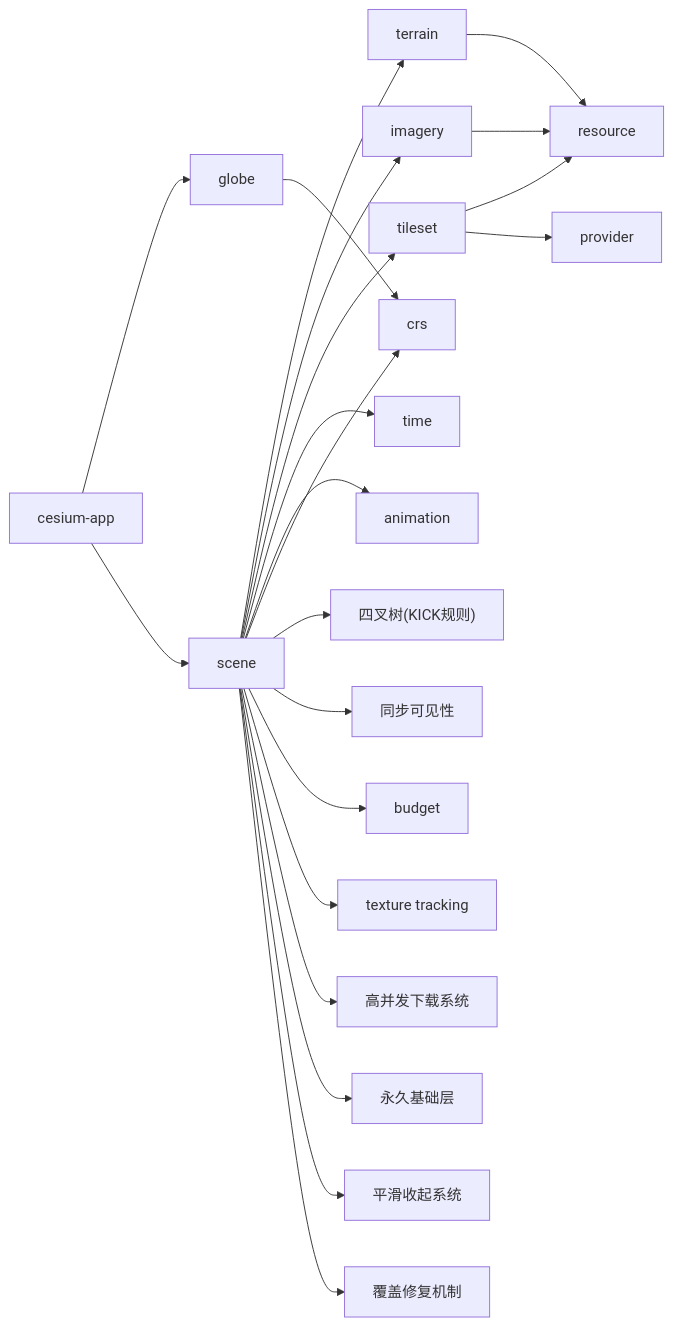
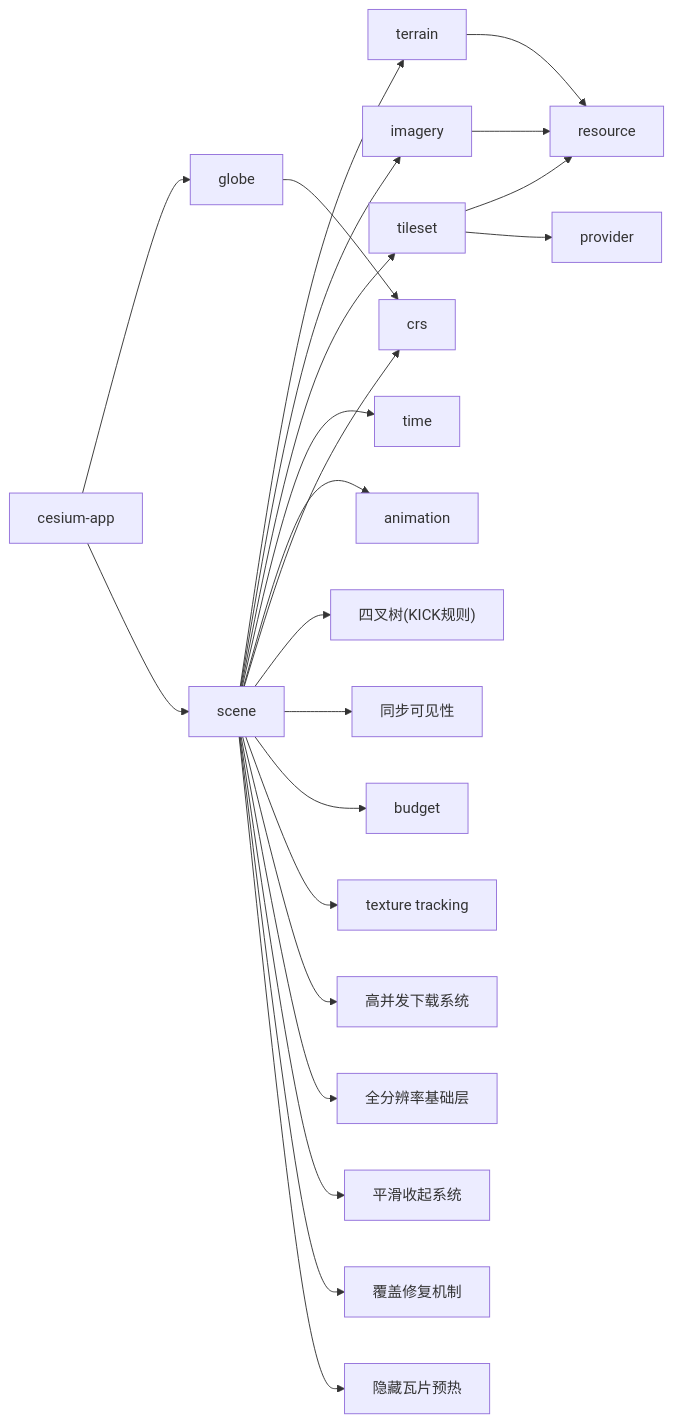
Before and after one commit to rzhangjing/cesium: diagram 22 of 22 in .qoder/repowiki/zh/content/核心概念/渲染管线与场景图/动态地球渲染系统.md, drawn with Mermaid. The commit also changed other lines of this file and 61 other files, not shown here.

First line of the commit message:
修改地图晃动BUG

````diff
--- a/.qoder/repowiki/zh/content/核心概念/渲染管线与场景图/动态地球渲染系统.md
+++ b/.qoder/repowiki/zh/content/核心概念/渲染管线与场景图/动态地球渲染系统.md
@@ -919,24 +854,25 @@
 ```mermaid
 graph LR
 App["cesium-app"] --> DomainGlobe["globe"]
 App --> DomainScene["scene"]
 DomainScene --> DomainTerrain["terrain"]
 DomainScene --> DomainImagery["imagery"]
 DomainScene --> DomainTileset["tileset"]
 DomainScene --> DomainTime["time"]
 DomainScene --> DomainAnimation["animation"]
 DomainScene --> DomainCRS["crs"]
 DomainTileset --> DomainResource["resource"]
 DomainTileset --> DomainProvider["provider"]
 DomainTerrain --> DomainResource
 DomainImagery --> DomainResource
 DomainGlobe --> DomainCRS
 DomainScene --> DomainQuadtree["四叉树(KICK规则)"]
 DomainScene --> DomainSyncVis["同步可见性"]
 DomainScene --> DomainBudget["budget"]
 DomainScene --> DomainTextureTrack["texture tracking"]
 DomainScene --> DomainDownloadSys["高并发下载系统"]
-DomainScene --> DomainBaseLayer["永久基础层"]
+DomainScene --> DomainBaseLayer["全分辨率基础层"]
 DomainScene --> DomainSmoothTransition["平滑收起系统"]
 DomainScene --> DomainCoverageFix["覆盖修复机制"]
+DomainScene --> DomainHiddenWarm["隐藏瓦片预热"]
 ```
````
